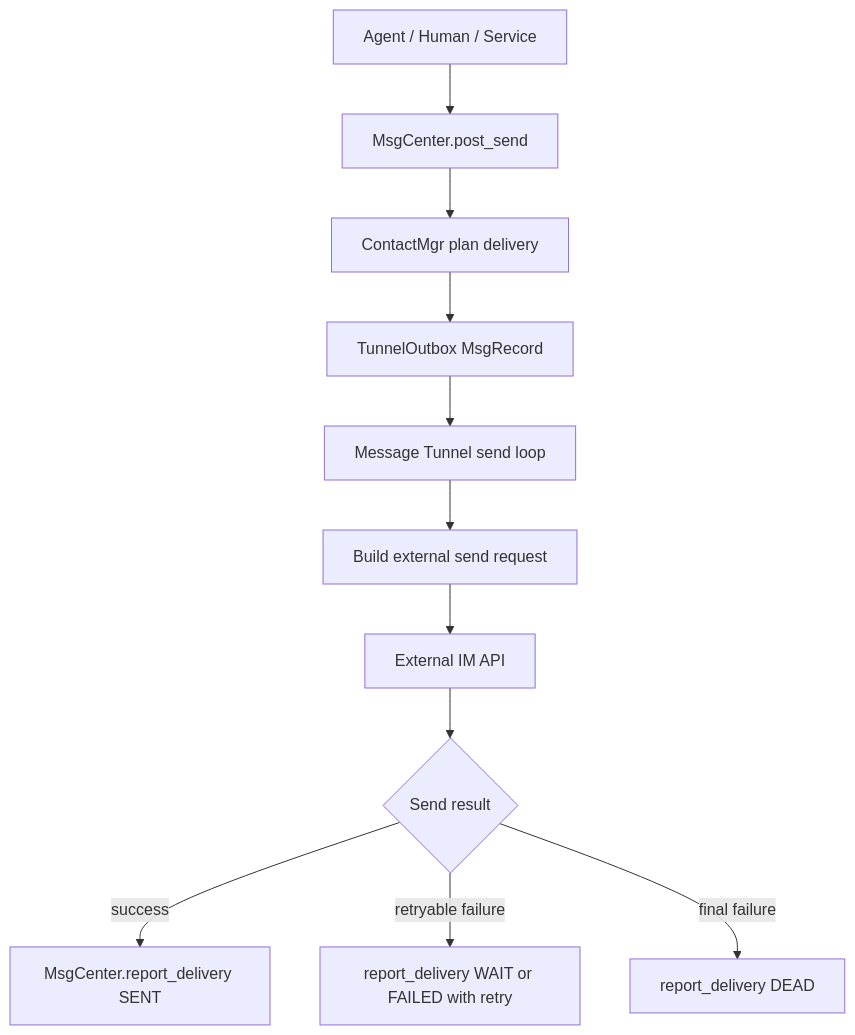
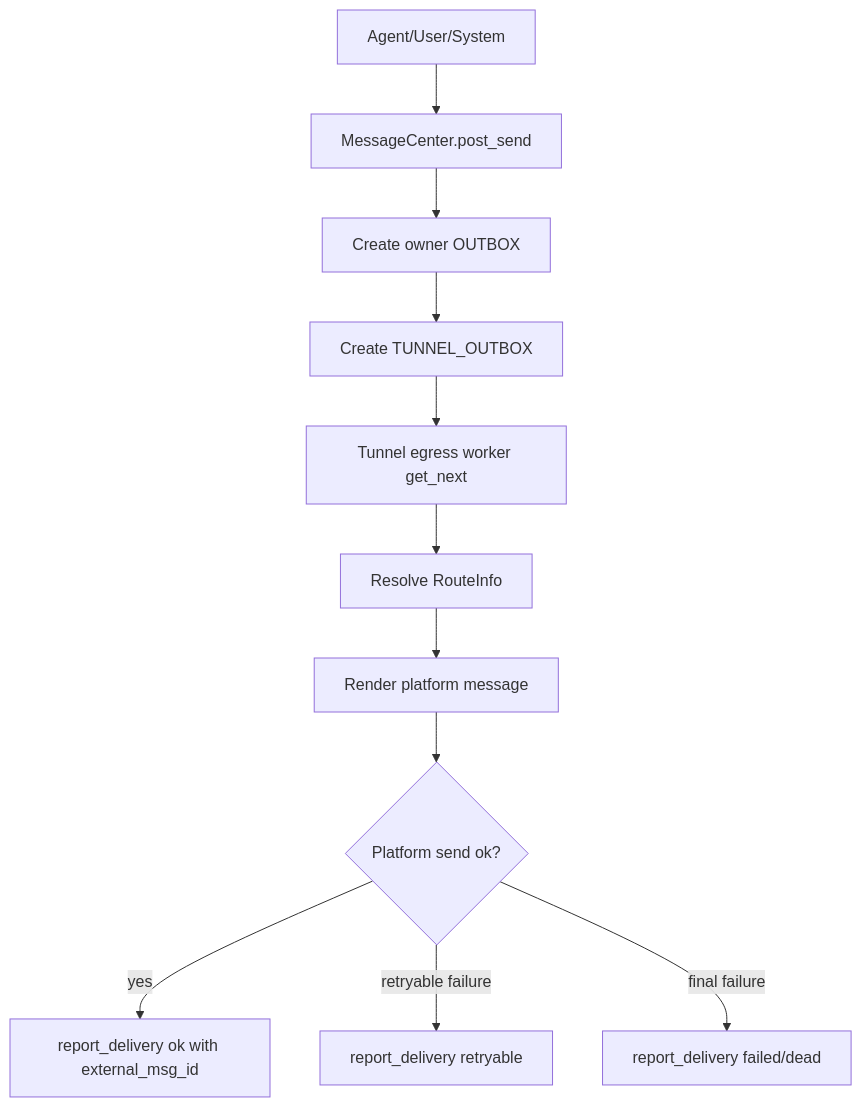
The second of 2 diagrams in doc/message_hub/Message Tunnel Minimal Spec.md (wugren/buckyos), drawn with Mermaid before and after one commit. The commit also changed other lines of this file and 1 other file, not shown here.

Commit message:
docs: define message tunnel design

````diff
--- a/doc/message_hub/Message Tunnel Minimal Spec.md
+++ b/doc/message_hub/Message Tunnel Minimal Spec.md
@@ -283,13 +205,13 @@
 ```mermaid
 flowchart TD
-    A[Agent / Human / Service] --> B[MsgCenter.post_send]
-    B --> C[ContactMgr plan delivery]
-    C --> D[TunnelOutbox MsgRecord]
-    D --> E[Message Tunnel send loop]
-    E --> F[Build external send request]
-    F --> G[External IM API]
-    G --> H{Send result}
-    H -- success --> I[MsgCenter.report_delivery SENT]
-    H -- retryable failure --> J[report_delivery WAIT or FAILED with retry]
-    H -- final failure --> K[report_delivery DEAD]
+    A[Agent/User/System] --> B[MessageCenter.post_send]
+    B --> C[Create owner OUTBOX]
+    C --> D[Create TUNNEL_OUTBOX]
+    D --> E[Tunnel egress worker get_next]
+    E --> F[Resolve RouteInfo]
+    F --> G[Render platform message]
+    G --> H{Platform send ok?}
+    H -- yes --> I[report_delivery ok with external_msg_id]
+    H -- retryable failure --> J[report_delivery retryable]
+    H -- final failure --> K[report_delivery failed/dead]
 ```
````
